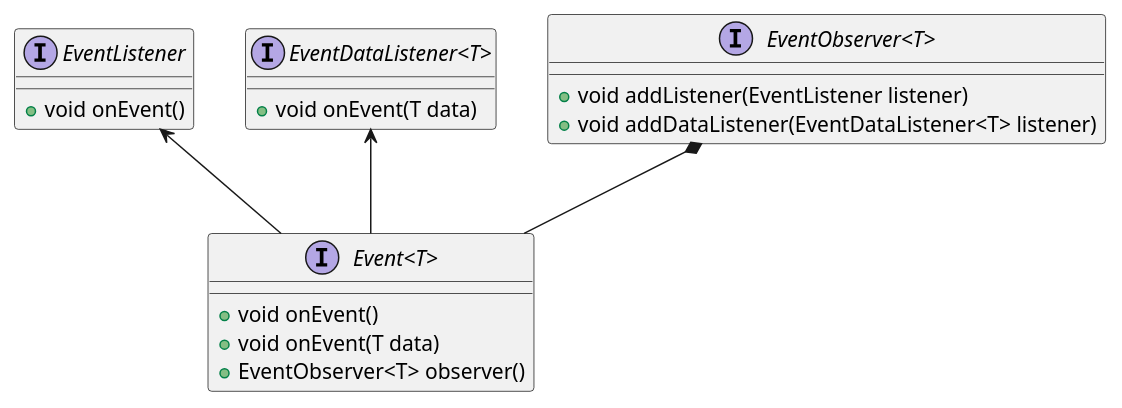
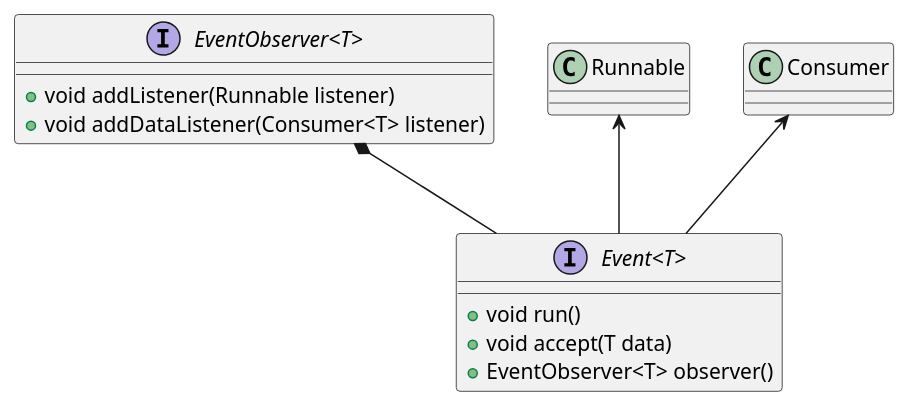
The first of 3 diagrams in documentation/src/docs/asciidoc/manual/common-core.adoc (codion-is/codion), drawn with PlantUML before and after one commit. The commit also changed other lines of this file and 109 other files, not shown here.

Commit message:
EventListener and EventDataListener removed, replaced with Runnable and Consumer respectively

```diff
--- a/documentation/src/docs/asciidoc/manual/common-core.adoc
+++ b/documentation/src/docs/asciidoc/manual/common-core.adoc
@@ -12,27 +12,19 @@
 [plantuml, event-diagram, svg, align=center]
 -------------------------------------------
 skinparam genericDisplay old
 
 interface Event<T> {
-    +void onEvent()
-    +void onEvent(T data)
+    +void run()
+    +void accept(T data)
     +EventObserver<T> observer()
 }
 
-interface EventListener {
-    +void onEvent()
+interface EventObserver<T> {
+    +void addListener(Runnable listener)
+    +void addDataListener(Consumer<T> listener)
 }
 
-interface EventDataListener<T> {
-    +void onEvent(T data)
-}
-
-interface EventObserver<T> {
-    +void addListener(EventListener listener)
-    +void addDataListener(EventDataListener<T> listener)
-}
-
-EventListener <-- Event
-EventDataListener <-- Event
+Runnable <-- Event
+Consumer <-- Event
 EventObserver *-- Event
 -------------------------------------------
```
